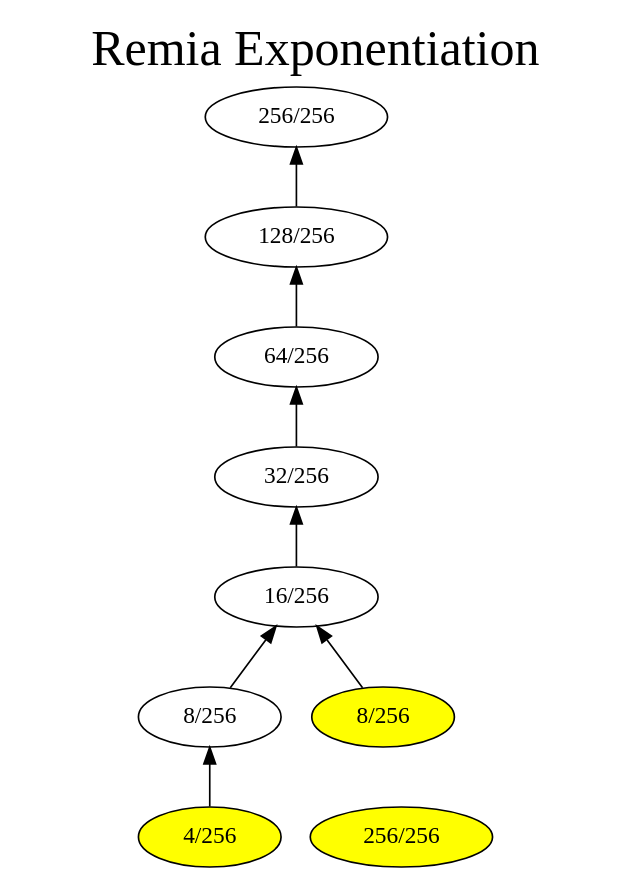
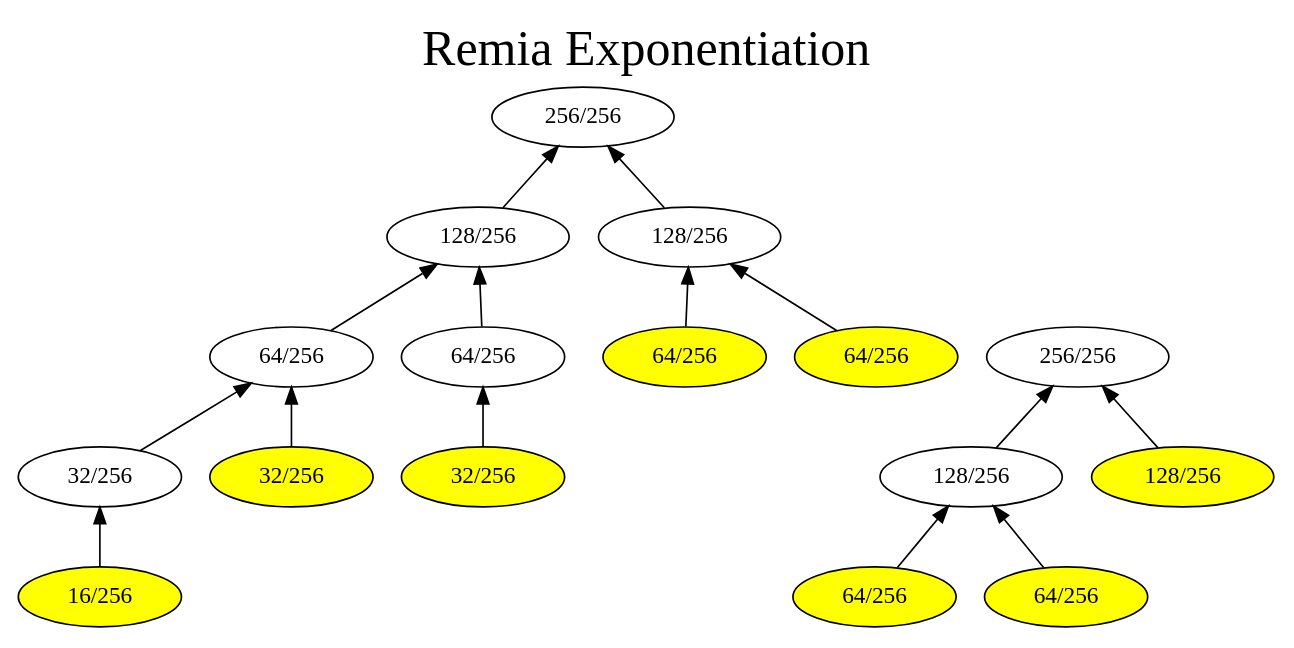
The diagram in GuiTool/image/Remia/RemiaHeapDot.dot (iitramar/guiTool), drawn with Graphviz before and after one commit. The commit also changed 49 other files, not shown here.

```diff
--- a/GuiTool/image/Remia/RemiaHeapDot.dot
+++ b/GuiTool/image/Remia/RemiaHeapDot.dot
@@ -1,23 +1,42 @@
 digraph G { 
 rankdir = BT;
 graph [label= "Remia Exponentiation", labelloc=t, fontsize=30];
-101[label= " 256/256 " ];
-202[label= " 128/256 " ];
-202->101
-404[label= " 64/256 " ];
-404->202
-808[label= " 32/256 " ];
-808->404
-1616[label= " 16/256 " ];
-1616->808
-3232[label= " 8/256 " ];
-3232->1616
-3233[label= " 8/256 " ];
-3233->1616
-6464[label= " 4/256 " ];
-6464->3232
-6464[style=filled, fillcolor=yellow];
-3233[style=filled, fillcolor=yellow];
 201[label= " 256/256 " ];
-201[style=filled, fillcolor=yellow];
+402[label= " 128/256 " ];
+402->201
+403[label= " 128/256 " ];
+403->201
+804[label= " 64/256 " ];
+804->402
+805[label= " 64/256 " ];
+805->402
+1608[label= " 32/256 " ];
+1608->804
+1609[label= " 32/256 " ];
+1609->804
+3216[label= " 16/256 " ];
+3216->1608
+3216[style=filled, fillcolor=yellow];
+1609[style=filled, fillcolor=yellow];
+1610[label= " 32/256 " ];
+1610->805
+1610[style=filled, fillcolor=yellow];
+806[label= " 64/256 " ];
+806->403
+807[label= " 64/256 " ];
+807->403
+806[style=filled, fillcolor=yellow];
+807[style=filled, fillcolor=yellow];
+301[label= " 256/256 " ];
+602[label= " 128/256 " ];
+602->301
+603[label= " 128/256 " ];
+603->301
+1204[label= " 64/256 " ];
+1204->602
+1205[label= " 64/256 " ];
+1205->602
+1204[style=filled, fillcolor=yellow];
+1205[style=filled, fillcolor=yellow];
+603[style=filled, fillcolor=yellow];
 }
```
